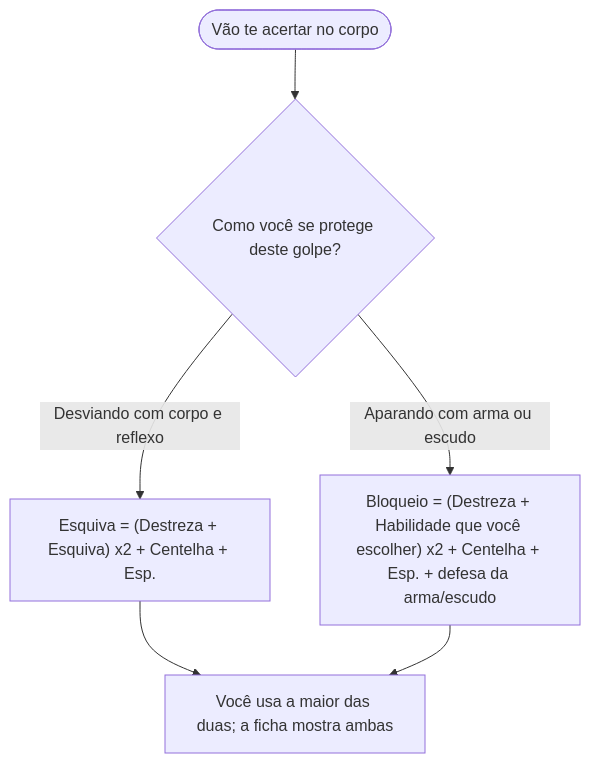
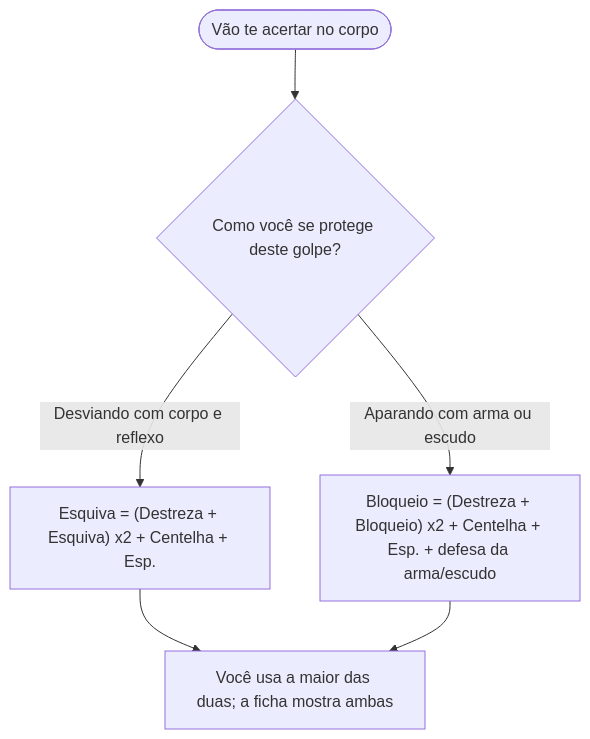
One commit to f-neves/centelha-rpg changed the fifth of 6 diagrams in src/content/chapters/qual-sistema.md. Above: the diagram before and after it, drawn with Mermaid. The commit also changed other lines of this file and 30 other files, not shown here.

````diff
--- a/src/content/chapters/qual-sistema.md
+++ b/src/content/chapters/qual-sistema.md
@@ -83,8 +84,8 @@
 ```mermaid
 flowchart TD
   D(["Vão te acertar no corpo"]) --> D1{"Como você se protege deste golpe?"}
   D1 -->|"Desviando com corpo e reflexo"| DE["Esquiva = (Destreza + Esquiva) x2 + Centelha + Esp."]
-  D1 -->|"Aparando com arma ou escudo"| DB["Bloqueio = (Destreza + Habilidade que você escolher) x2 + Centelha + Esp. + defesa da arma/escudo"]
+  D1 -->|"Aparando com arma ou escudo"| DB["Bloqueio = (Destreza + Bloqueio) x2 + Centelha + Esp. + defesa da arma/escudo"]
   DE --> N["Você usa a maior das duas; a ficha mostra ambas"]
   DB --> N
 ```
````
